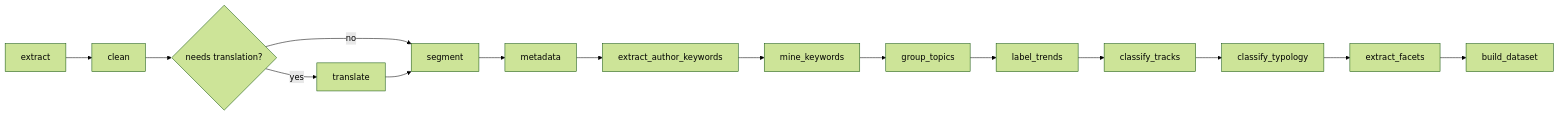
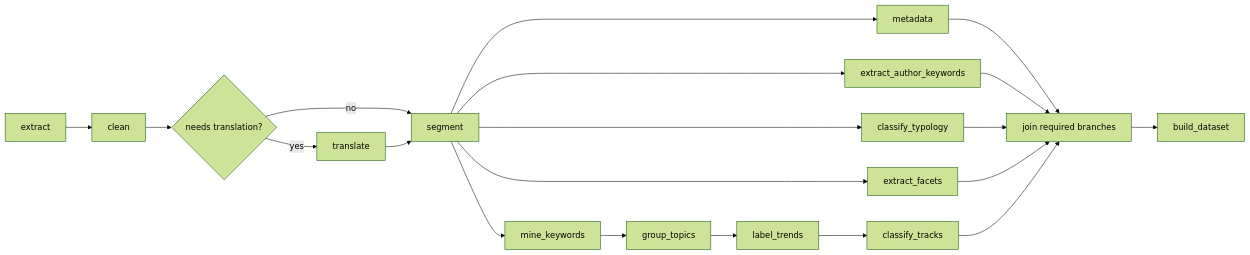
The second of 9 diagrams in docs/11-ux-efficiency-accuracy-speed-improvements.md (LLM-Project2005/papertrend_extractor_LLM), drawn with Mermaid (forest theme) before and after one commit. The commit also changed other lines of this file and 12 other files, not shown here.

````diff
--- a/docs/11-ux-efficiency-accuracy-speed-improvements.md
+++ b/docs/11-ux-efficiency-accuracy-speed-improvements.md
@@ -46,17 +46,22 @@
 ```mermaid
 flowchart LR
     A["extract"] --> B["clean"]
     B --> C{"needs translation?"}
     C -- "yes" --> D["translate"]
     C -- "no" --> E["segment"]
     D --> E
-    E --> F["metadata"]
-    F --> G["extract_author_keywords"]
-    G --> H["mine_keywords"]
-    H --> I["group_topics"]
-    I --> J["label_trends"]
-    J --> K["classify_tracks"]
-    K --> L["classify_typology"]
-    L --> M["extract_facets"]
-    M --> N["build_dataset"]
+    E --> F1["metadata"]
+    E --> F2["extract_author_keywords"]
+    E --> F3["mine_keywords"]
+    E --> F4["classify_typology"]
+    E --> F5["extract_facets"]
+    F3 --> G1["group_topics"]
+    G1 --> G2["label_trends"]
+    G2 --> G3["classify_tracks"]
+    F1 --> H["join required branches"]
+    F2 --> H
+    F4 --> H
+    F5 --> H
+    G3 --> H
+    H --> I["build_dataset"]
 ```
````
